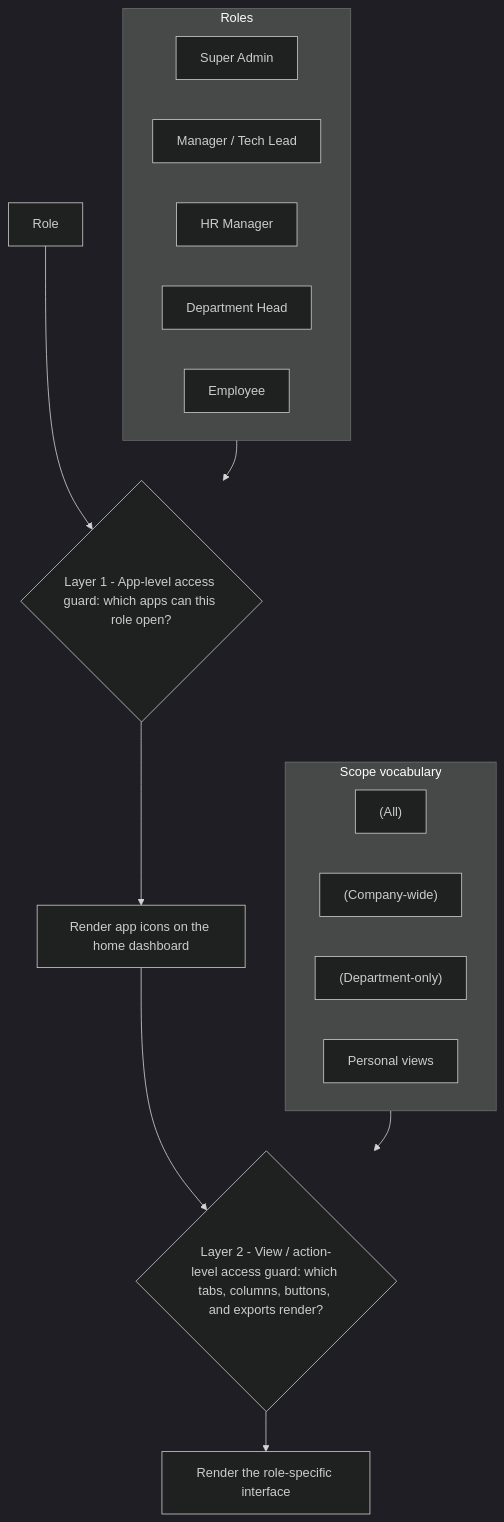
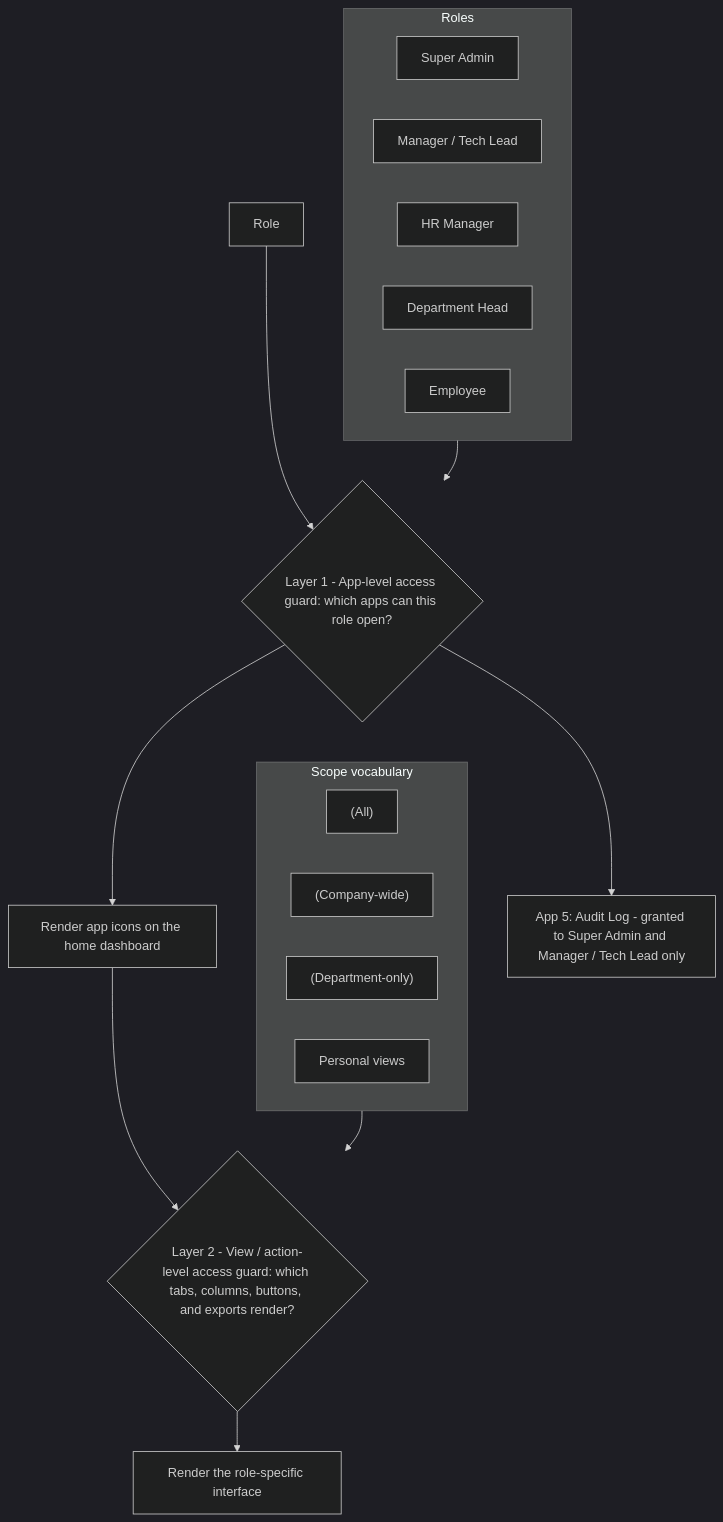
The seventh of 10 diagrams in SYSTEM_ARCHITECTURE_DIAGRAM.md (Lechcher/MES_project), drawn with Mermaid (dark theme) before and after one commit. The commit also changed other lines of this file and 18 other files, not shown here.

````diff
--- a/SYSTEM_ARCHITECTURE_DIAGRAM.md
+++ b/SYSTEM_ARCHITECTURE_DIAGRAM.md
@@ -246,25 +252,26 @@
 ```mermaid
 flowchart TD
     ROLE["Role"] --> L1{"Layer 1 - App-level access guard: which apps can this role open?"}
     L1 --> APPS["Render app icons on the home dashboard"]
+    L1 --> AUDIT["App 5: Audit Log - granted to Super Admin and Manager / Tech Lead only"]
     APPS --> L2{"Layer 2 - View / action-level access guard: which tabs, columns, buttons, and exports render?"}
     L2 --> VIEW["Render the role-specific interface"]
 
     subgraph ROLES["Roles"]
         R1["Super Admin"]
         R2["Manager / Tech Lead"]
         R3["HR Manager"]
         R4["Department Head"]
         R5["Employee"]
     end
 
     subgraph SCOPE["Scope vocabulary"]
         S1["(All)"]
         S2["(Company-wide)"]
         S3["(Department-only)"]
         S4["Personal views"]
     end
 
     ROLES --> L1
     SCOPE --> L2
 ```
````
